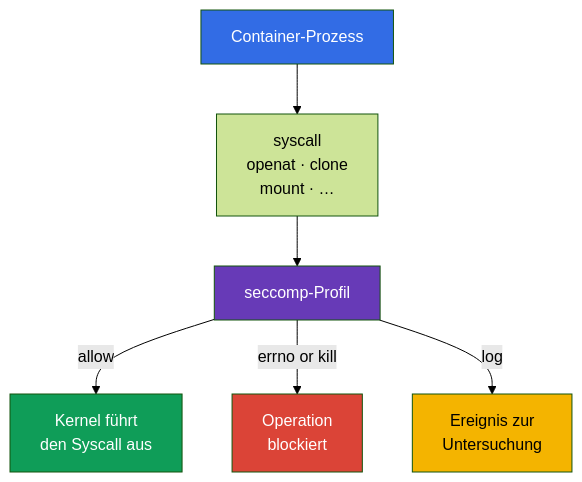
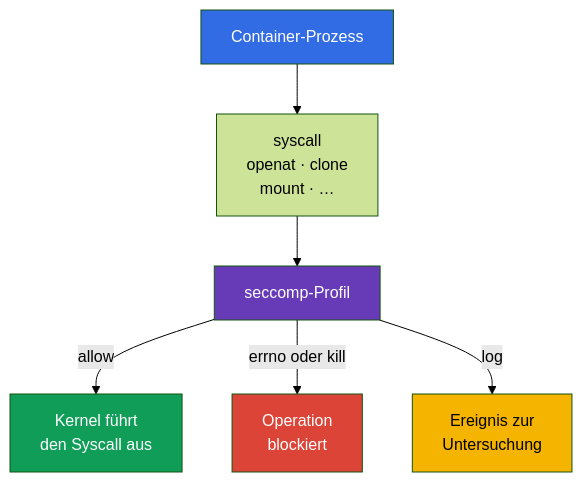
One commit to ViktorUJ/cks changed the fourth of 5 diagrams in tasks/cks/course/03/de.md. Above: the diagram before and after it, drawn with Mermaid (forest theme). The commit also changed other lines of this file and 280 other files, not shown here.

````diff
--- a/tasks/cks/course/03/de.md
+++ b/tasks/cks/course/03/de.md
@@ -414,13 +414,13 @@
 ```mermaid
 flowchart TB
     process["Container-Prozess"] --> syscall["syscall<br/>openat · clone<br/>mount · …"]
     syscall --> filter["seccomp-Profil"]
     filter -->|"allow"| kernel["Kernel führt<br/>den Syscall aus"]
-    filter -->|"errno or kill"| blocked["Operation<br/>blockiert"]
+    filter -->|"errno oder kill"| blocked["Operation<br/>blockiert"]
     filter -->|"log"| audit["Ereignis zur<br/>Untersuchung"]
     style process fill:#326ce5,color:#fff
     style filter fill:#673ab7,color:#fff
     style kernel fill:#0f9d58,color:#fff
     style blocked fill:#db4437,color:#fff
     style audit fill:#f4b400,color:#000
 ```
````
